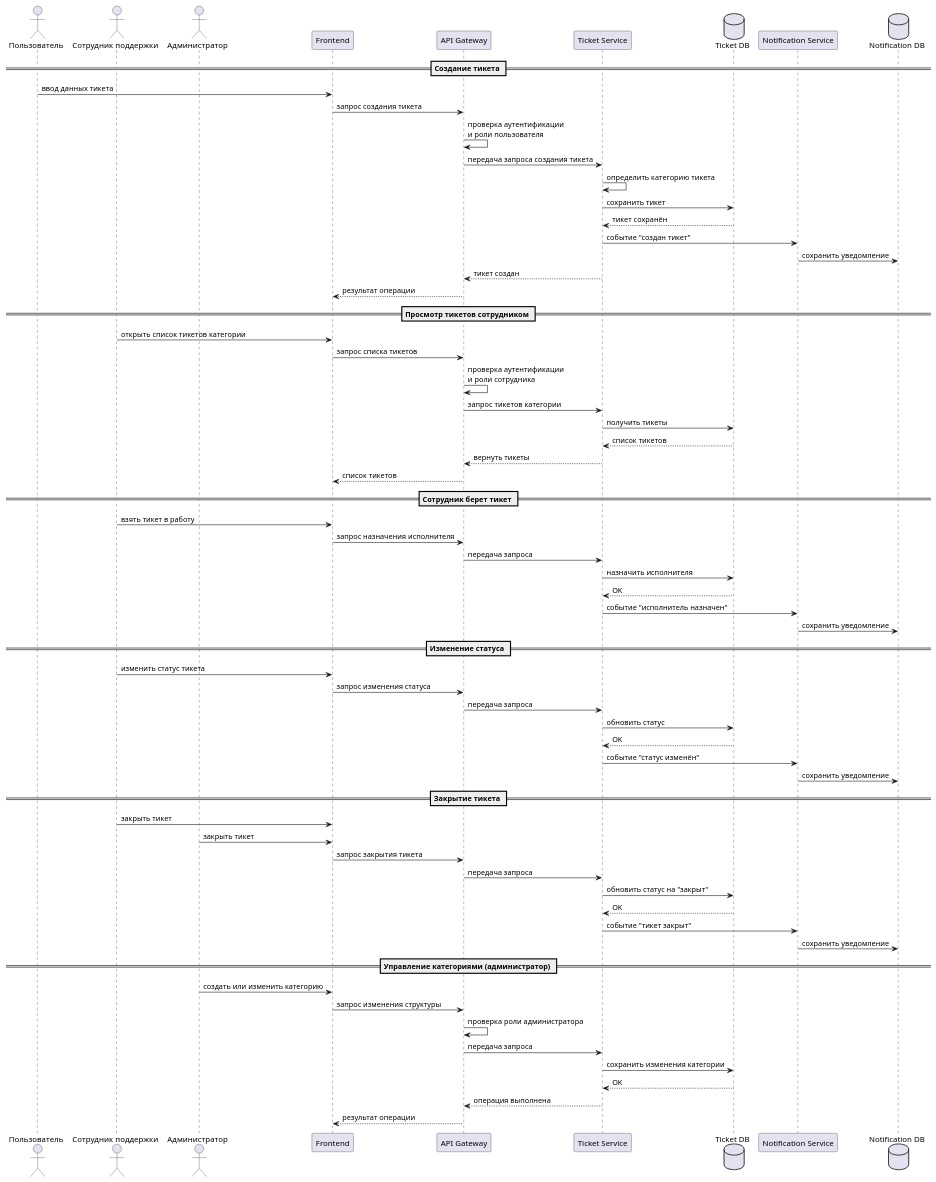
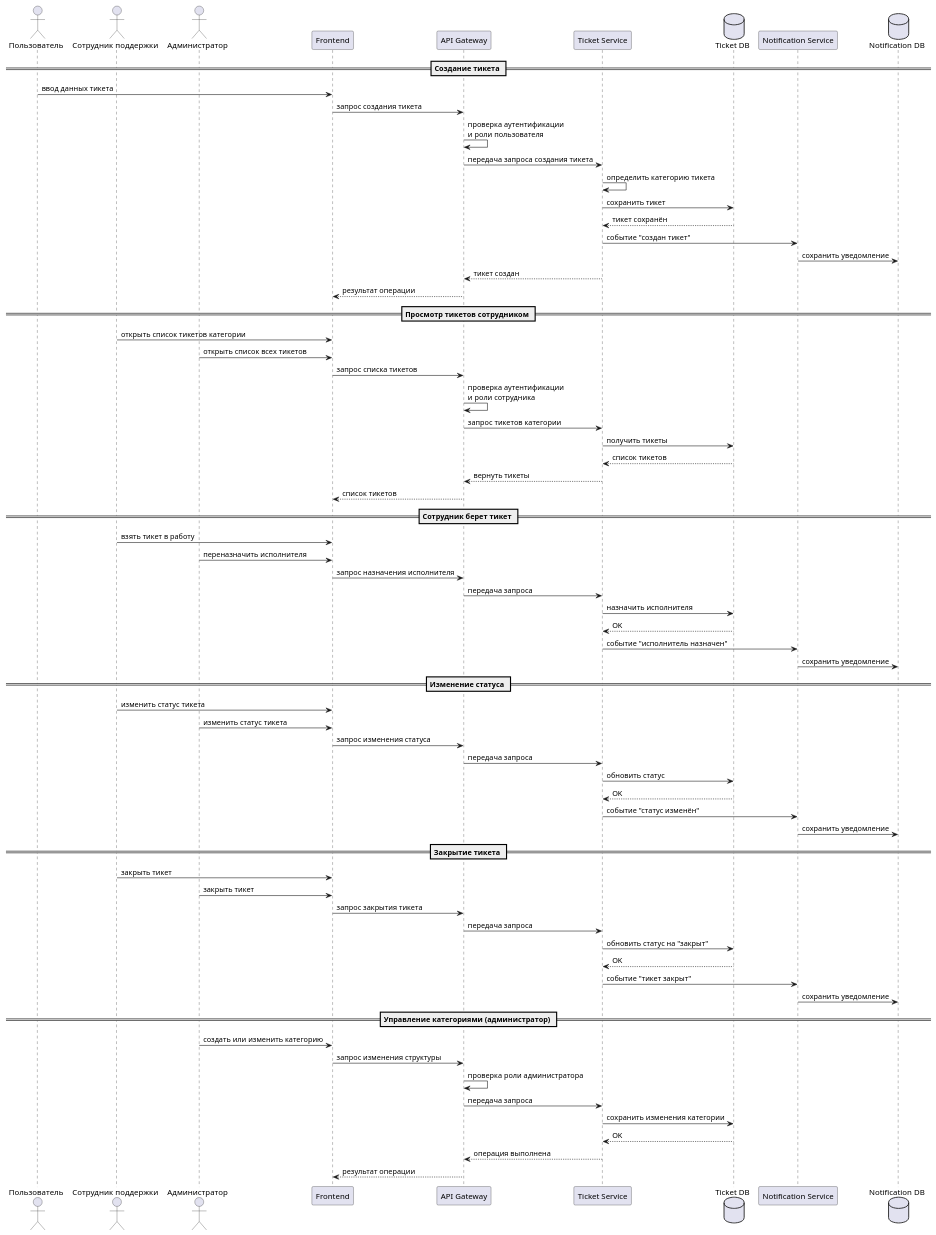
Before and after one commit to Development-Team-4/Documentation: the diagram in SequenceDiagram.puml, drawn with PlantUML.

Commit message:
Administrator's actions added

```diff
--- a/SequenceDiagram.puml
+++ b/SequenceDiagram.puml
@@ -1,108 +1,111 @@
 @startuml
 
 actor Пользователь
 actor "Сотрудник поддержки" as Support
 actor "Администратор" as Admin
 
 participant Frontend
 participant "API Gateway" as Gateway
 participant "Ticket Service" as TicketService
 database "Ticket DB" as TicketDB
 participant "Notification Service" as NotificationService
 database "Notification DB" as NotificationDB
 
 
 == Создание тикета ==
 
 Пользователь -> Frontend : ввод данных тикета
 Frontend -> Gateway : запрос создания тикета
 
 Gateway -> Gateway : проверка аутентификации\nи роли пользователя
 Gateway -> TicketService : передача запроса создания тикета
 
 TicketService -> TicketService : определить категорию тикета
 TicketService -> TicketDB : сохранить тикет
 TicketDB --> TicketService : тикет сохранён
 
 TicketService -> NotificationService : событие "создан тикет"
 
 NotificationService -> NotificationDB : сохранить уведомление
 
 TicketService --> Gateway : тикет создан
 Gateway --> Frontend : результат операции
 
 
 == Просмотр тикетов сотрудником ==
 
 Support -> Frontend : открыть список тикетов категории
+Admin -> Frontend : открыть список всех тикетов
 Frontend -> Gateway : запрос списка тикетов
 
 Gateway -> Gateway : проверка аутентификации\nи роли сотрудника
 Gateway -> TicketService : запрос тикетов категории
 
 TicketService -> TicketDB : получить тикеты
 TicketDB --> TicketService : список тикетов
 
 TicketService --> Gateway : вернуть тикеты
 Gateway --> Frontend : список тикетов
 
 
 == Сотрудник берет тикет ==
 
 Support -> Frontend : взять тикет в работу
+Admin -> Frontend : переназначить исполнителя
 Frontend -> Gateway : запрос назначения исполнителя
 
 Gateway -> TicketService : передача запроса
 
 TicketService -> TicketDB : назначить исполнителя
 TicketDB --> TicketService : OK
 
 TicketService -> NotificationService : событие "исполнитель назначен"
 
 NotificationService -> NotificationDB : сохранить уведомление
 
 
 == Изменение статуса ==
 
 Support -> Frontend : изменить статус тикета
+Admin -> Frontend : изменить статус тикета
 Frontend -> Gateway : запрос изменения статуса
 
 Gateway -> TicketService : передача запроса
 
 TicketService -> TicketDB : обновить статус
 TicketDB --> TicketService : OK
 
 TicketService -> NotificationService : событие "статус изменён"
 NotificationService -> NotificationDB : сохранить уведомление
 
 
 == Закрытие тикета ==
 
 Support -> Frontend : закрыть тикет
 Admin -> Frontend : закрыть тикет
 Frontend -> Gateway : запрос закрытия тикета
 
 Gateway -> TicketService : передача запроса
 
 TicketService -> TicketDB : обновить статус на "закрыт"
 TicketDB --> TicketService : OK
 
 TicketService -> NotificationService : событие "тикет закрыт"
 NotificationService -> NotificationDB : сохранить уведомление
 
 
 == Управление категориями (администратор) ==
 
 Admin -> Frontend : создать или изменить категорию
 Frontend -> Gateway : запрос изменения структуры
 
 Gateway -> Gateway : проверка роли администратора
 Gateway -> TicketService : передача запроса
 
 TicketService -> TicketDB : сохранить изменения категории
 TicketDB --> TicketService : OK
 
 TicketService --> Gateway : операция выполнена
 Gateway --> Frontend : результат операции
 
 @enduml
```
